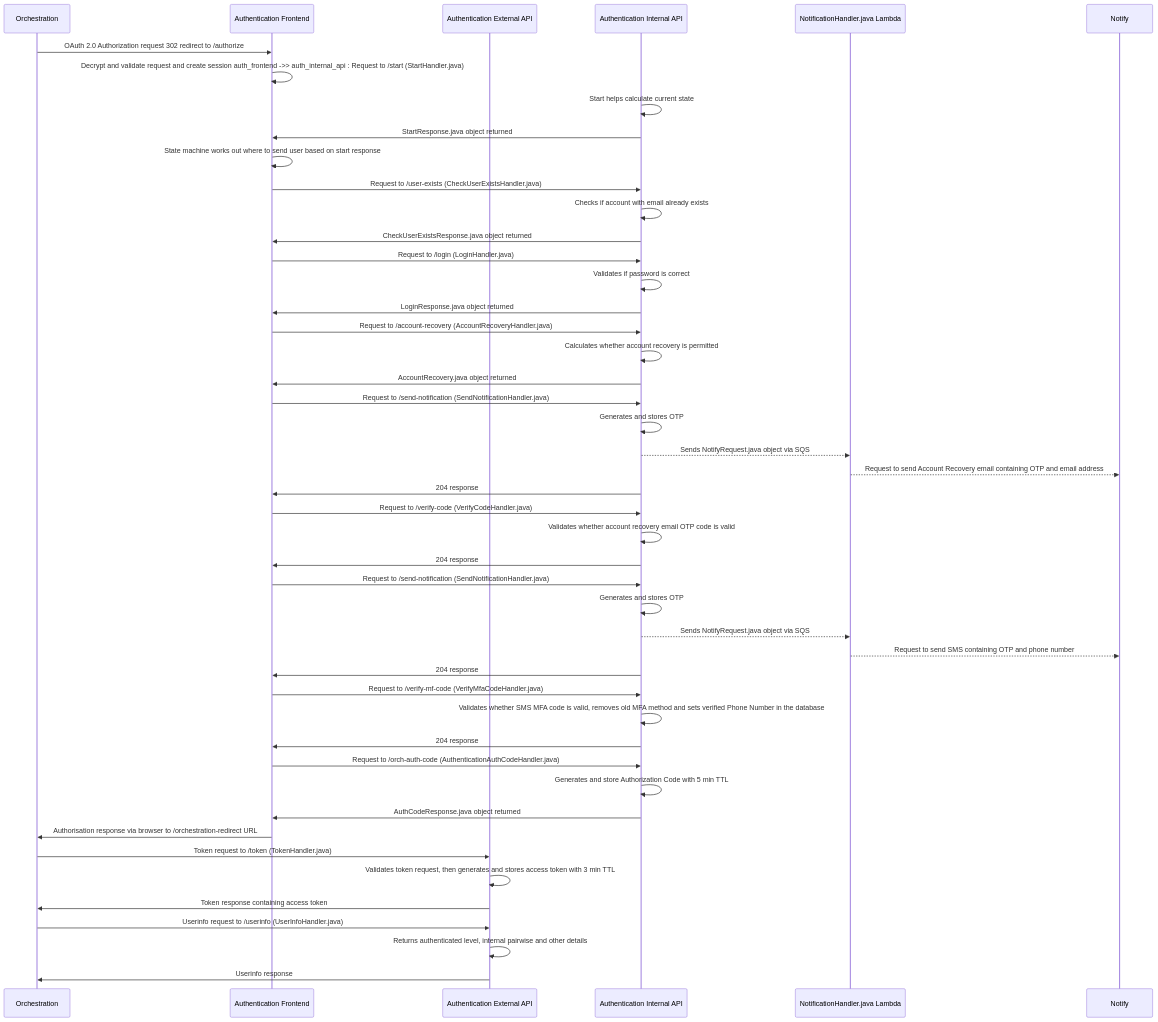
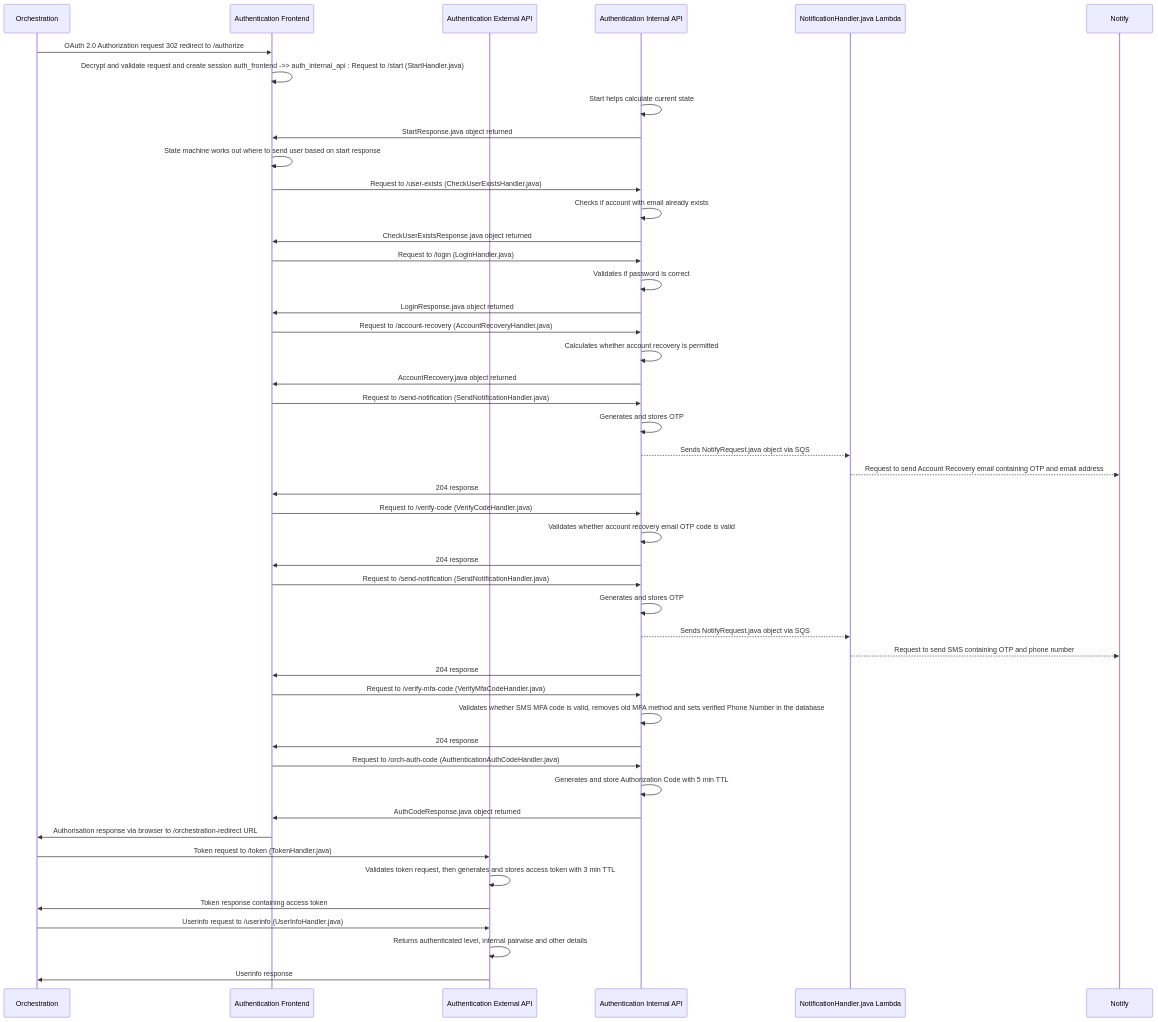
One commit to govuk-one-login/authentication-api changed the diagram in docs/diagrams/authentication/login/login-account-recovery-sms.mmd. Above: the diagram before and after it, drawn with Mermaid. The commit also changed 1 other file, not shown here.

Commit message:
BAU: Fix /verify-mf-code typo in account recovery diagrams

```diff
--- a/docs/diagrams/authentication/login/login-account-recovery-sms.mmd
+++ b/docs/diagrams/authentication/login/login-account-recovery-sms.mmd
@@ -1,47 +1,47 @@
 sequenceDiagram
     participant orch_api as Orchestration
     participant auth_frontend as Authentication Frontend
     participant auth_external_api as Authentication External API
     participant auth_internal_api as Authentication Internal API
     participant notification_queue as NotificationHandler.java Lambda   
     participant notify as Notify   
     orch_api ->> auth_frontend : OAuth 2.0 Authorization request 302 redirect to /authorize 
     auth_frontend ->> auth_frontend : Decrypt and validate request and create session    auth_frontend ->> auth_internal_api : Request to /start (StartHandler.java)
     auth_internal_api ->> auth_internal_api : Start helps calculate current state
     auth_internal_api ->> auth_frontend : StartResponse.java object returned
     auth_frontend ->> auth_frontend : State machine works out where to send user based on start response
     auth_frontend ->> auth_internal_api : Request to /user-exists (CheckUserExistsHandler.java)
     auth_internal_api ->> auth_internal_api : Checks if account with email already exists
     auth_internal_api ->> auth_frontend: CheckUserExistsResponse.java object returned
     auth_frontend ->> auth_internal_api : Request to /login (LoginHandler.java)
     auth_internal_api ->> auth_internal_api : Validates if password is correct
     auth_internal_api ->> auth_frontend: LoginResponse.java object returned
     auth_frontend ->> auth_internal_api : Request to /account-recovery (AccountRecoveryHandler.java)
     auth_internal_api ->> auth_internal_api : Calculates whether account recovery is permitted
     auth_internal_api ->> auth_frontend: AccountRecovery.java object returned
     auth_frontend ->> auth_internal_api : Request to /send-notification (SendNotificationHandler.java)
     auth_internal_api ->> auth_internal_api : Generates and stores OTP
     auth_internal_api -->> notification_queue : Sends NotifyRequest.java object via SQS
     notification_queue -->> notify : Request to send Account Recovery email containing OTP and email address
     auth_internal_api ->> auth_frontend : 204 response
     auth_frontend ->> auth_internal_api : Request to /verify-code (VerifyCodeHandler.java)
     auth_internal_api ->> auth_internal_api : Validates whether account recovery email OTP code is valid
     auth_internal_api ->> auth_frontend: 204 response
     auth_frontend ->> auth_internal_api : Request to /send-notification (SendNotificationHandler.java)
     auth_internal_api ->> auth_internal_api : Generates and stores OTP
     auth_internal_api -->> notification_queue : Sends NotifyRequest.java object via SQS
     notification_queue -->> notify : Request to send SMS containing OTP and phone number
     auth_internal_api ->> auth_frontend : 204 response 
-    auth_frontend ->> auth_internal_api : Request to /verify-mf-code (VerifyMfaCodeHandler.java)
+    auth_frontend ->> auth_internal_api : Request to /verify-mfa-code (VerifyMfaCodeHandler.java)
     auth_internal_api ->> auth_internal_api : Validates whether SMS MFA code is valid, removes old MFA method and sets verified Phone Number in the database
     auth_internal_api ->> auth_frontend: 204 response
     auth_frontend ->> auth_internal_api : Request to /orch-auth-code (AuthenticationAuthCodeHandler.java)
     auth_internal_api ->> auth_internal_api : Generates and store Authorization Code with 5 min TTL
     auth_internal_api ->> auth_frontend: AuthCodeResponse.java object returned
     auth_frontend ->> orch_api : Authorisation response via browser to /orchestration-redirect URL
     orch_api ->> auth_external_api: Token request to /token (TokenHandler.java)
     auth_external_api ->> auth_external_api : Validates token request, then generates and stores access token with 3 min TTL
     auth_external_api ->> orch_api : Token response containing access token
     orch_api ->> auth_external_api: Userinfo request to /userinfo (UserInfoHandler.java)
     auth_external_api ->> auth_external_api: Returns authenticated level, internal pairwise and other details
     auth_external_api ->> orch_api : Userinfo response
```
